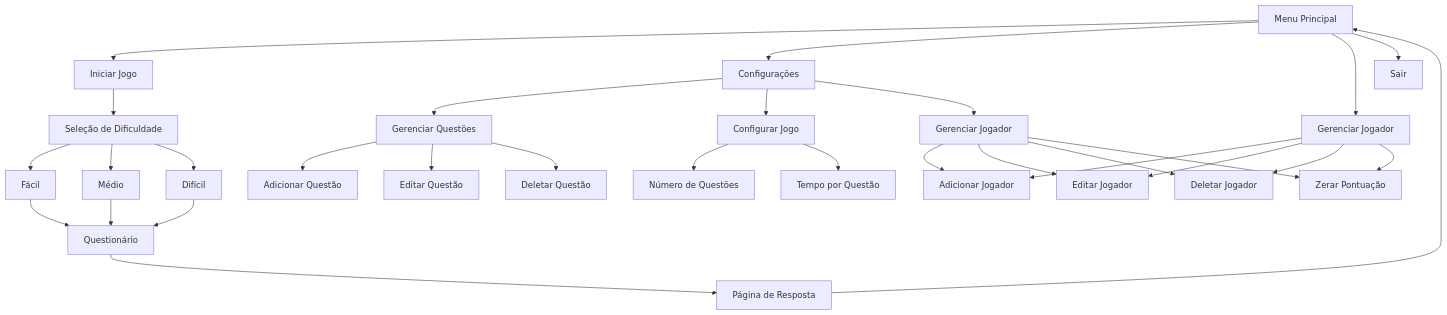
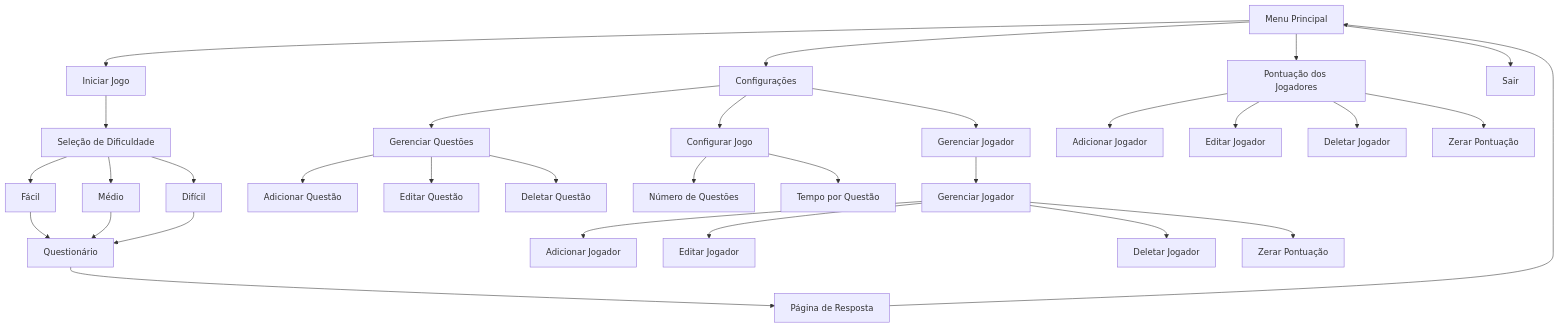
Before and after one commit to DutsTate0213/PerguntasPy: the diagram in README.md, drawn with Mermaid. The commit also changed other lines of this file, not shown here.

````diff
--- a/README.md
+++ b/README.md
@@ -154,32 +161,37 @@
 ```mermaid
 graph TD
     A[Menu Principal] --> B[Iniciar Jogo]
     A --> C[Configurações]
-    A --> D[Gerenciar Jogador]
+    A --> D[Pontuação dos Jogadores]
     A --> E[Sair]
     
     B --> F[Seleção de Dificuldade]
     F --> G[Fácil]
     F --> H[Médio]
     F --> I[Difícil]
     
     G & H & I --> J[Questionário]
     J --> K[Página de Resposta]
     K --> A
     
     C --> L[Gerenciar Questões]
     C --> M[Configurar Jogo]
     C --> N[Gerenciar Jogador]
     
     L --> O[Adicionar Questão]
     L --> P[Editar Questão]
     L --> Q[Deletar Questão]
     
     M --> R[Número de Questões]
     M --> S[Tempo por Questão]
     
-    D & N --> T[Adicionar Jogador]
-    D & N --> U[Editar Jogador]
-    D & N --> V[Deletar Jogador]
-    D & N --> W[Zerar Pontuação]
+    D --> T[Adicionar Jogador]
+    D --> U[Editar Jogador]
+    D --> V[Deletar Jogador]
+    D --> W[Zerar Pontuação]
+    N --> X[Gerenciar Jogador]
+    X --> Y[Adicionar Jogador]
+    X --> Z[Editar Jogador]
+    X --> AA[Deletar Jogador]
+    X --> BB[Zerar Pontuação]
 ```
````
